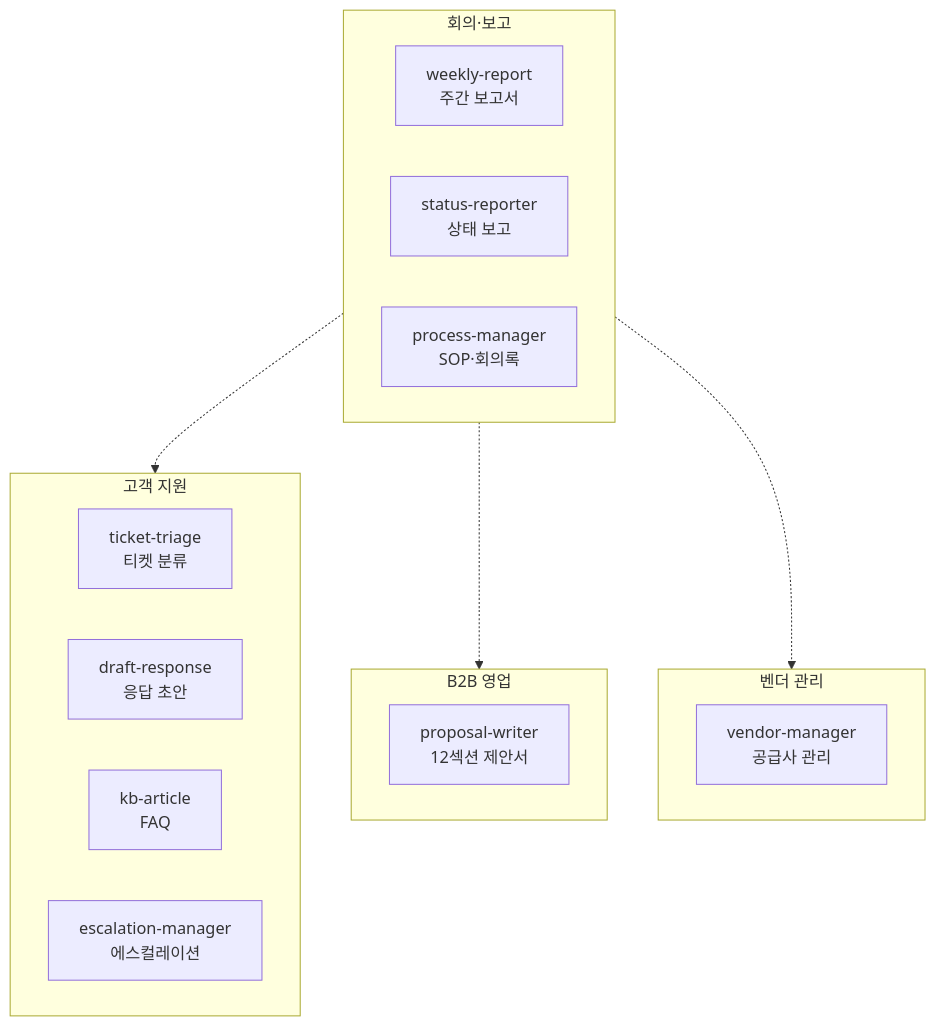
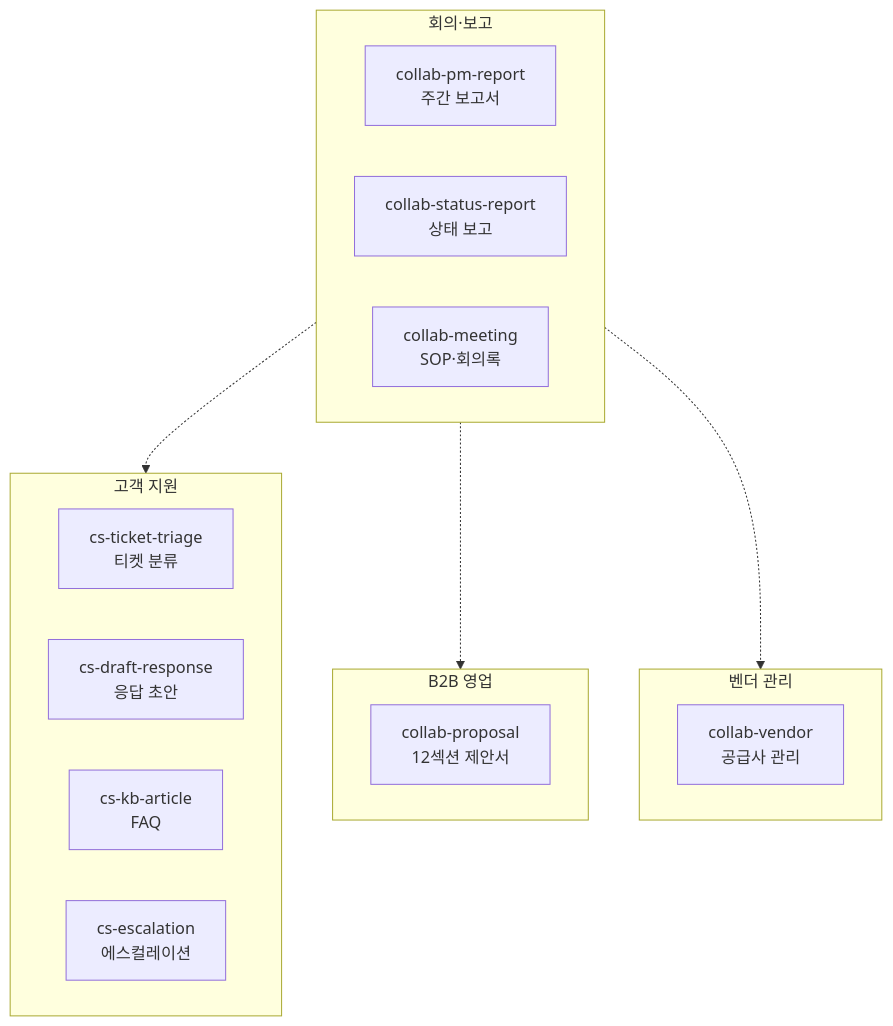
The first of 2 diagrams in www/content/cookbook/tracks/track-operations.md (modu-ai/cowork-plugins), drawn with Mermaid before and after one commit. The commit also changed other lines of this file and 45 other files, not shown here.

First line of the commit message:
docs(www): 스킬명 정합 + 깨진 링크 수정 + mermaid 보강

````diff
--- a/www/content/cookbook/tracks/track-operations.md
+++ b/www/content/cookbook/tracks/track-operations.md
@@ -16,23 +16,23 @@
 ```mermaid
 flowchart TD
    subgraph 회의["회의·보고"]
-       A1["weekly-report<br/>주간 보고서"]
-       A2["status-reporter<br/>상태 보고"]
-       A3["process-manager<br/>SOP·회의록"]
+       A1["collab-pm-report<br/>주간 보고서"]
+       A2["collab-status-report<br/>상태 보고"]
+       A3["collab-meeting<br/>SOP·회의록"]
    end
    subgraph CS["고객 지원"]
-       B1["ticket-triage<br/>티켓 분류"]
-       B2["draft-response<br/>응답 초안"]
-       B3["kb-article<br/>FAQ"]
-       B4["escalation-manager<br/>에스컬레이션"]
+       B1["cs-ticket-triage<br/>티켓 분류"]
+       B2["cs-draft-response<br/>응답 초안"]
+       B3["cs-kb-article<br/>FAQ"]
+       B4["cs-escalation<br/>에스컬레이션"]
    end
    subgraph Sales["B2B 영업"]
-       C1["proposal-writer<br/>12섹션 제안서"]
+       C1["collab-proposal<br/>12섹션 제안서"]
    end
    subgraph Vendor["벤더 관리"]
-       D1["vendor-manager<br/>공급사 관리"]
+       D1["collab-vendor<br/>공급사 관리"]
    end
    회의 -.-> CS
    회의 -.-> Sales
    회의 -.-> Vendor
 ```
````
